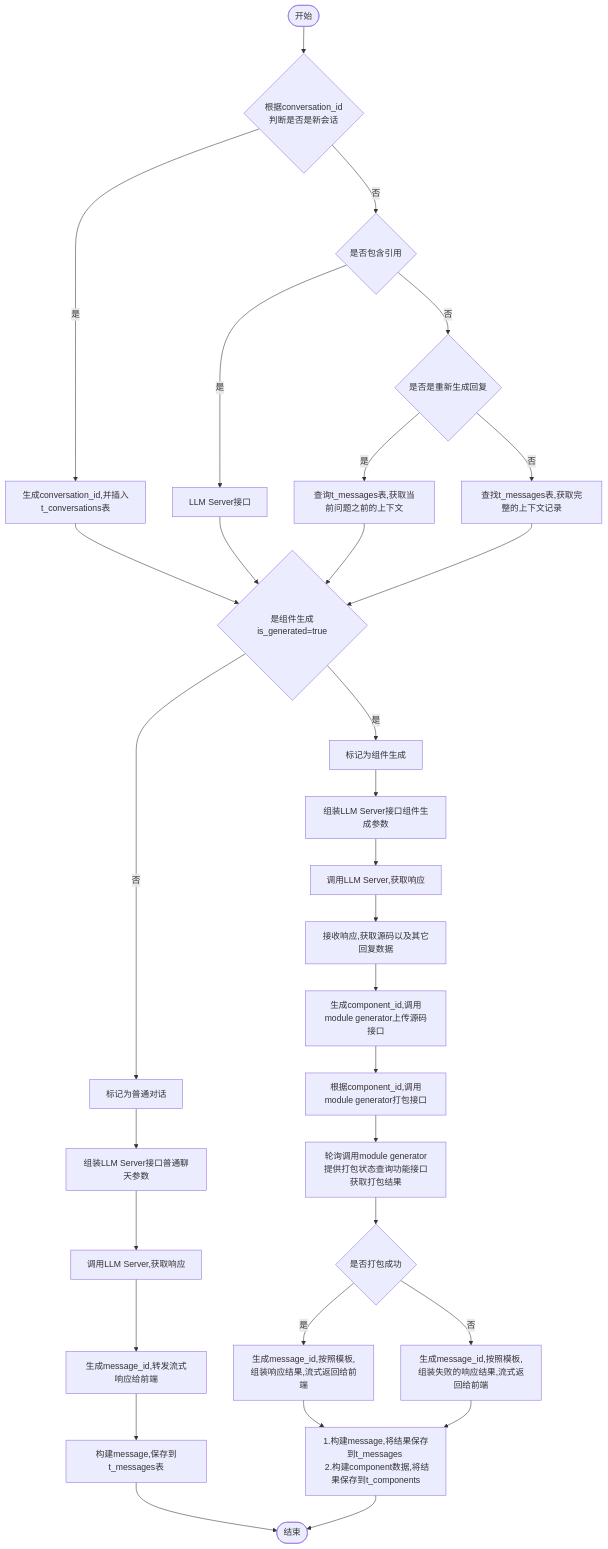
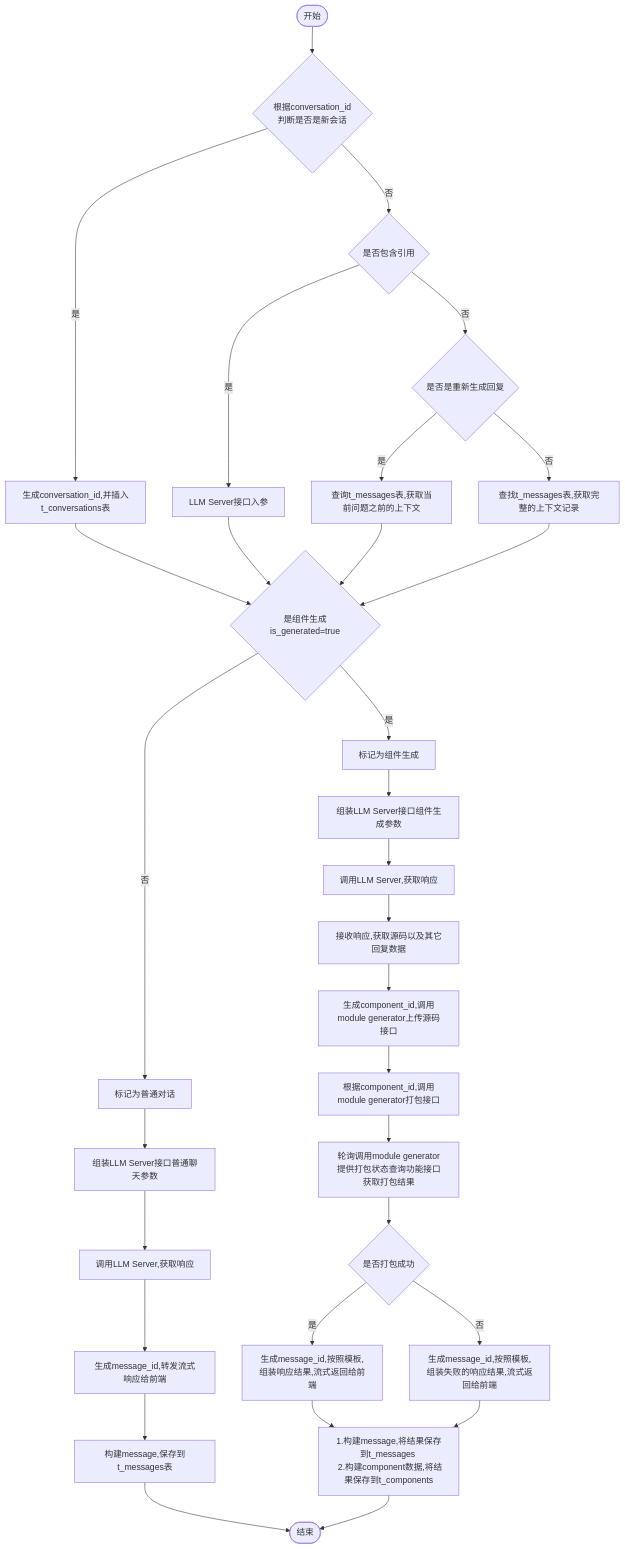
The diagram in all/w3-会话-不需要传递message.md (yingjianzh/iodraw-files), drawn with Mermaid before and after one commit.

Commit message:
2024-10-14 11:06:11 update

````diff
--- a/all/w3-会话-不需要传递message.md
+++ b/all/w3-会话-不需要传递message.md
@@ -1,35 +1,35 @@
 ```mermaid
 flowchart TD
     A([开始]) --> B{根据conversation_id \n 判断是否是新会话}
     B -- 是 --> C[生成conversation_id,并插入t_conversations表]
     B -- 否 --> D{是否包含引用}
-    D -- 是 --> E[LLM Server接口]
+    D -- 是 --> E[LLM Server接口入参]
     D -- 否 --> F{是否是重新生成回复}
     F -- 是 --> G[查询t_messages表,获取当前问题之前的上下文]
     F -- 否 --> H[查找t_messages表,获取完整的上下文记录]
      
     C & E & G & H --> I{是组件生成is_generated=true}
     I -- 是 --> J[标记为组件生成]
     I -- 否 --> K[标记为普通对话]
 
 
     J --> L[组装LLM Server接口组件生成参数]    
     K --> M[组装LLM Server接口普通聊天参数]    
     M --> N[调用LLM Server,获取响应]    
     N --> O[生成message_id,转发流式响应给前端]
     O --> P[构建message,保存到t_messages表]
     P --> R([结束])
 
 
     L --> S[调用LLM Server,获取响应]
     S --> T[接收响应,获取源码以及其它回复数据]
     T --> U[生成component_id,调用module generator上传源码接口]
     U --> V[根据component_id,调用module generator打包接口]
     V --> W[轮询调用module generator提供打包状态查询功能接口获取打包结果]
     W --> X{是否打包成功}
     X -- 是 --> Y[生成message_id,按照模板,组装响应结果,流式返回给前端]
     X -- 否 --> Z[生成message_id,按照模板,组装失败的响应结果,流式返回给前端]
 
     Y & Z --> Result[1.构建message,将结果保存到t_messages \n 2.构建component数据,将结果保存到t_components]
     Result --> R
 ```
````
